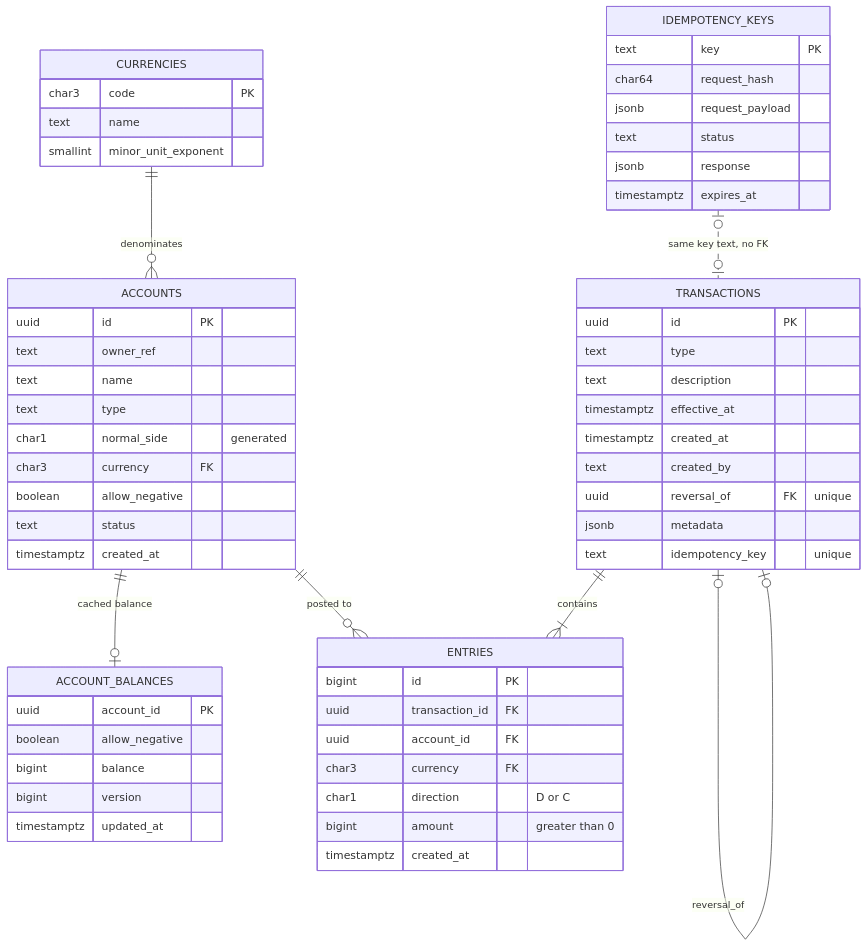
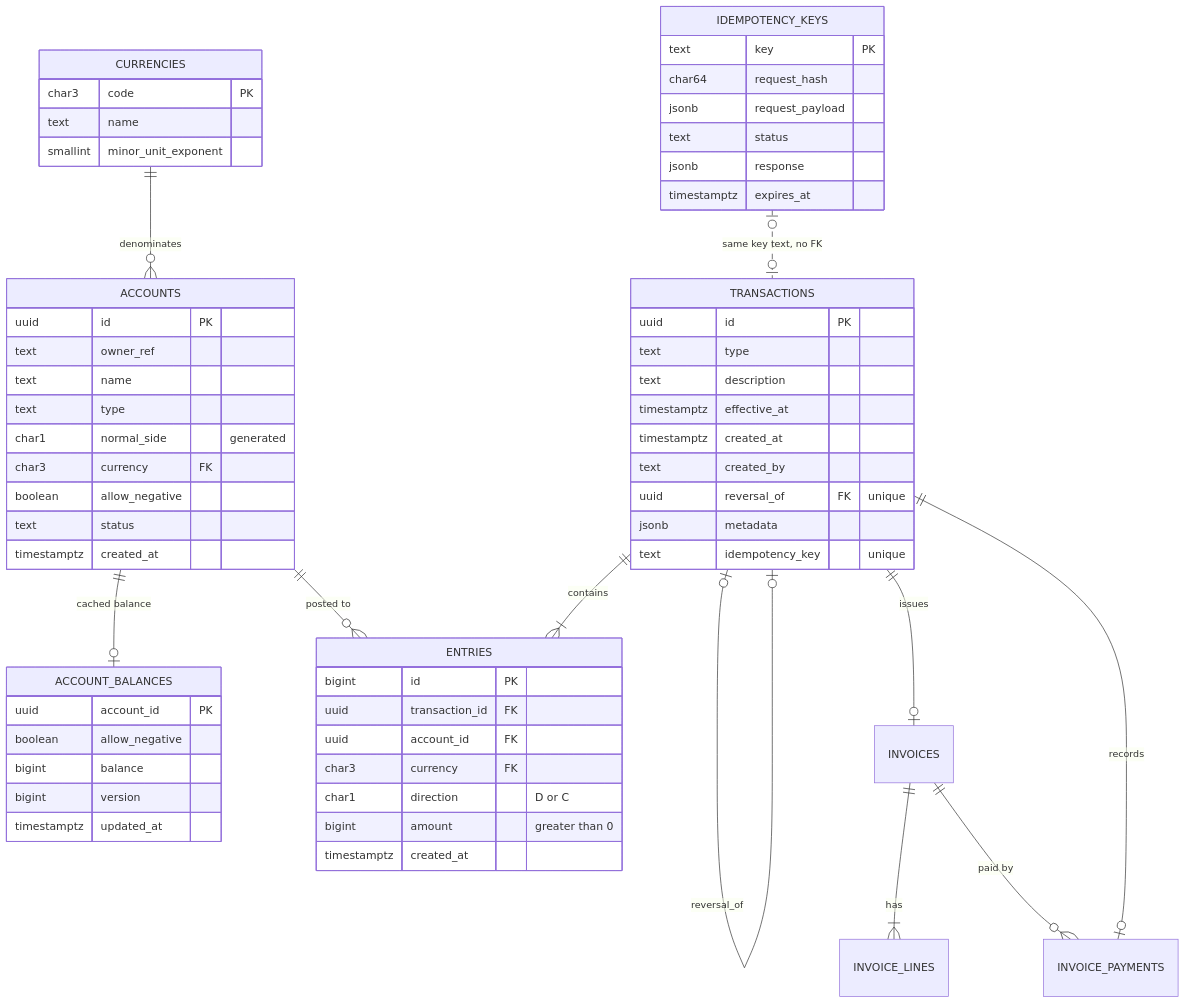
Before and after one commit to miirosadat-dev/pg-ledger-project: the diagram in docs/er-diagram.md, drawn with Mermaid. The commit also changed 2 other files, not shown here.

Commit message:
add design decisions, error codes, and ER diagram

````diff
--- a/docs/er-diagram.md
+++ b/docs/er-diagram.md
@@ -3,61 +3,65 @@
 ```mermaid
 erDiagram
     CURRENCIES ||--o{ ACCOUNTS : "denominates"
     ACCOUNTS ||--o| ACCOUNT_BALANCES : "cached balance"
     ACCOUNTS ||--o{ ENTRIES : "posted to"
     TRANSACTIONS ||--|{ ENTRIES : "contains"
     TRANSACTIONS |o--o| TRANSACTIONS : "reversal_of"
     IDEMPOTENCY_KEYS |o..o| TRANSACTIONS : "same key text, no FK"
+        INVOICES ||--|{ INVOICE_LINES : "has"
+    INVOICES ||--o{ INVOICE_PAYMENTS : "paid by"
+    TRANSACTIONS ||--o| INVOICES : "issues"
+    TRANSACTIONS ||--o| INVOICE_PAYMENTS : "records"
 
     CURRENCIES {
         char3 code PK
         text name
         smallint minor_unit_exponent
     }
     ACCOUNTS {
         uuid id PK
         text owner_ref
         text name
         text type
         char1 normal_side "generated"
         char3 currency FK
         boolean allow_negative
         text status
         timestamptz created_at
     }
     TRANSACTIONS {
         uuid id PK
         text type
         text description
         timestamptz effective_at
         timestamptz created_at
         text created_by
         uuid reversal_of FK "unique"
         jsonb metadata
         text idempotency_key "unique"
     }
     ENTRIES {
         bigint id PK
         uuid transaction_id FK
         uuid account_id FK
         char3 currency FK
         char1 direction "D or C"
         bigint amount "greater than 0"
         timestamptz created_at
     }
     ACCOUNT_BALANCES {
         uuid account_id PK
         boolean allow_negative
         bigint balance
         bigint version
         timestamptz updated_at
     }
     IDEMPOTENCY_KEYS {
         text key PK
         char64 request_hash
         jsonb request_payload
         text status
         jsonb response
         timestamptz expires_at
     }
 ```
````
